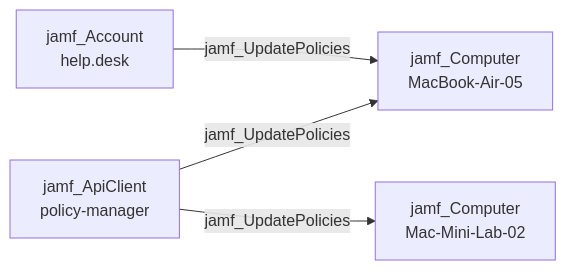
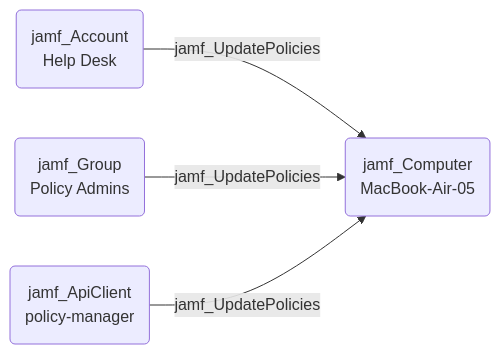
The diagram in docs/opengraph/extensions/jamfhound/reference/edges/jamf_updatepolicies.mdx (SpecterOps/bloodhound-docs), drawn with Mermaid before and after one commit. The commit also changed 33 other files, not shown here.

Commit message:
Updated documentation with revised mermaid diagrams

````diff
--- a/docs/opengraph/extensions/jamfhound/reference/edges/jamf_updatepolicies.mdx
+++ b/docs/opengraph/extensions/jamfhound/reference/edges/jamf_updatepolicies.mdx
@@ -18,6 +18,15 @@
 ```mermaid
 graph LR
-    A["jamf_Account\nhelp.desk"] -->|jamf_UpdatePolicies| B["jamf_Computer\nMacBook-Air-05"]
-    C["jamf_ApiClient\npolicy-manager"] -->|jamf_UpdatePolicies| B
-    C -->|jamf_UpdatePolicies| D["jamf_Computer\nMac-Mini-Lab-02"]
+    A("jamf_Account
+Help Desk")
+    B("jamf_Computer
+MacBook-Air-05")
+    C("jamf_ApiClient
+policy-manager")
+    D("jamf_Group
+Policy Admins")
+
+    A -- jamf_UpdatePolicies --> B
+    D -- jamf_UpdatePolicies --> B
+    C -- jamf_UpdatePolicies --> B
 ```
````
